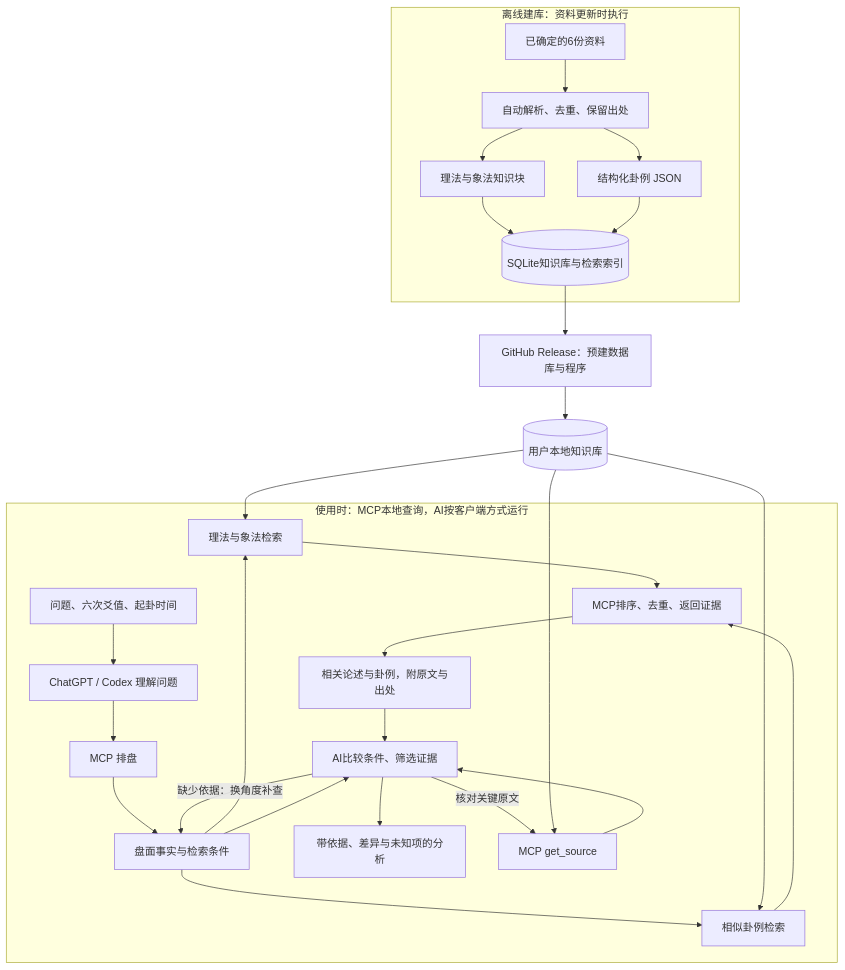
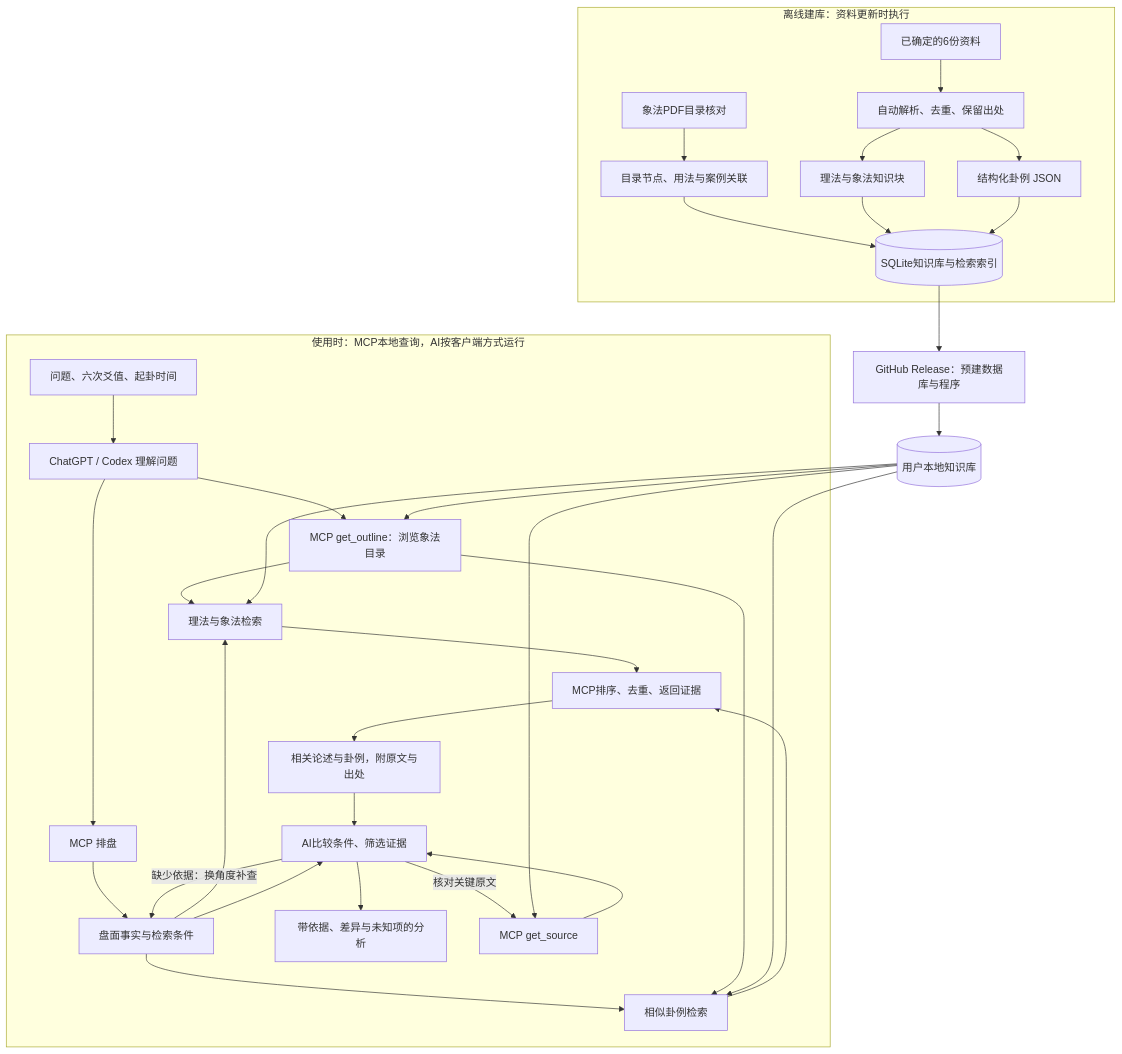
One commit to zhishengyk/liuyao changed the diagram in README.md. Above: the diagram before and after it, drawn with Mermaid. The commit also changed other lines of this file and 19 other files, not shown here.

Commit message:
feat: add PDF-verified xiangfa outline and scene retrieval

````diff
--- a/README.md
+++ b/README.md
@@ -101,31 +102,37 @@
 ```mermaid
 flowchart TD
     subgraph Build["离线建库：资料更新时执行"]
         Books["已确定的6份资料"] --> Parse["自动解析、去重、保留出处"]
         Parse --> Rules["理法与象法知识块"]
         Parse --> Cases["结构化卦例 JSON"]
+        PDF["象法PDF目录核对"] --> OutlineDB["目录节点、用法与案例关联"]
+        OutlineDB --> DB
         Rules --> DB[("SQLite知识库与检索索引")]
         Cases --> DB
     end
     DB --> Release["GitHub Release：预建数据库与程序"]
     Release --> Local[("用户本地知识库")]
     subgraph Use["使用时：MCP本地查询，AI按客户端方式运行"]
         User["问题、六次爻值、起卦时间"] --> AI["ChatGPT / Codex 理解问题"]
         AI --> Chart["MCP 排盘"]
         Chart --> Facts["盘面事实与检索条件"]
         Facts --> RuleSearch["理法与象法检索"]
         Facts --> CaseSearch["相似卦例检索"]
+        AI --> Outline["MCP get_outline：浏览象法目录"]
+        Outline --> RuleSearch
+        Outline --> CaseSearch
         RuleSearch --> Merge["MCP排序、去重、返回证据"]
         CaseSearch --> Merge
         Merge --> Evidence["相关论述与卦例，附原文与出处"]
         Evidence --> Review["AI比较条件、筛选证据"]
         Facts --> Review
         Review --> Answer["带依据、差异与未知项的分析"]
         Review -->|"缺少依据：换角度补查"| Facts
         Review -->|"核对关键原文"| Source["MCP get_source"]
         Source --> Review
     end
     Local --> RuleSearch
     Local --> CaseSearch
     Local --> Source
+    Local --> Outline
 ```
````
